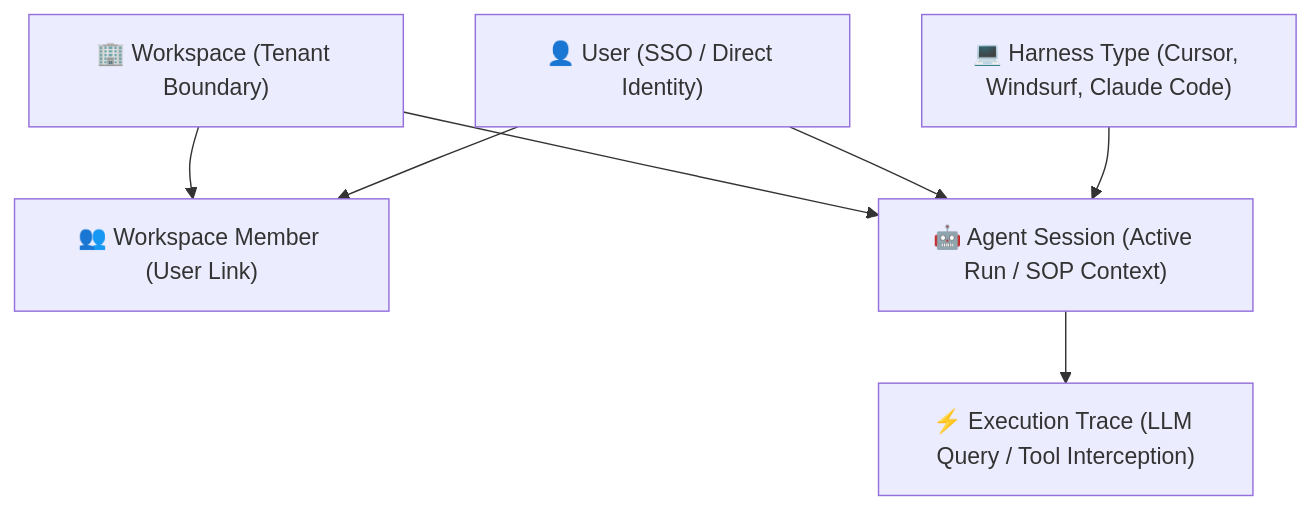
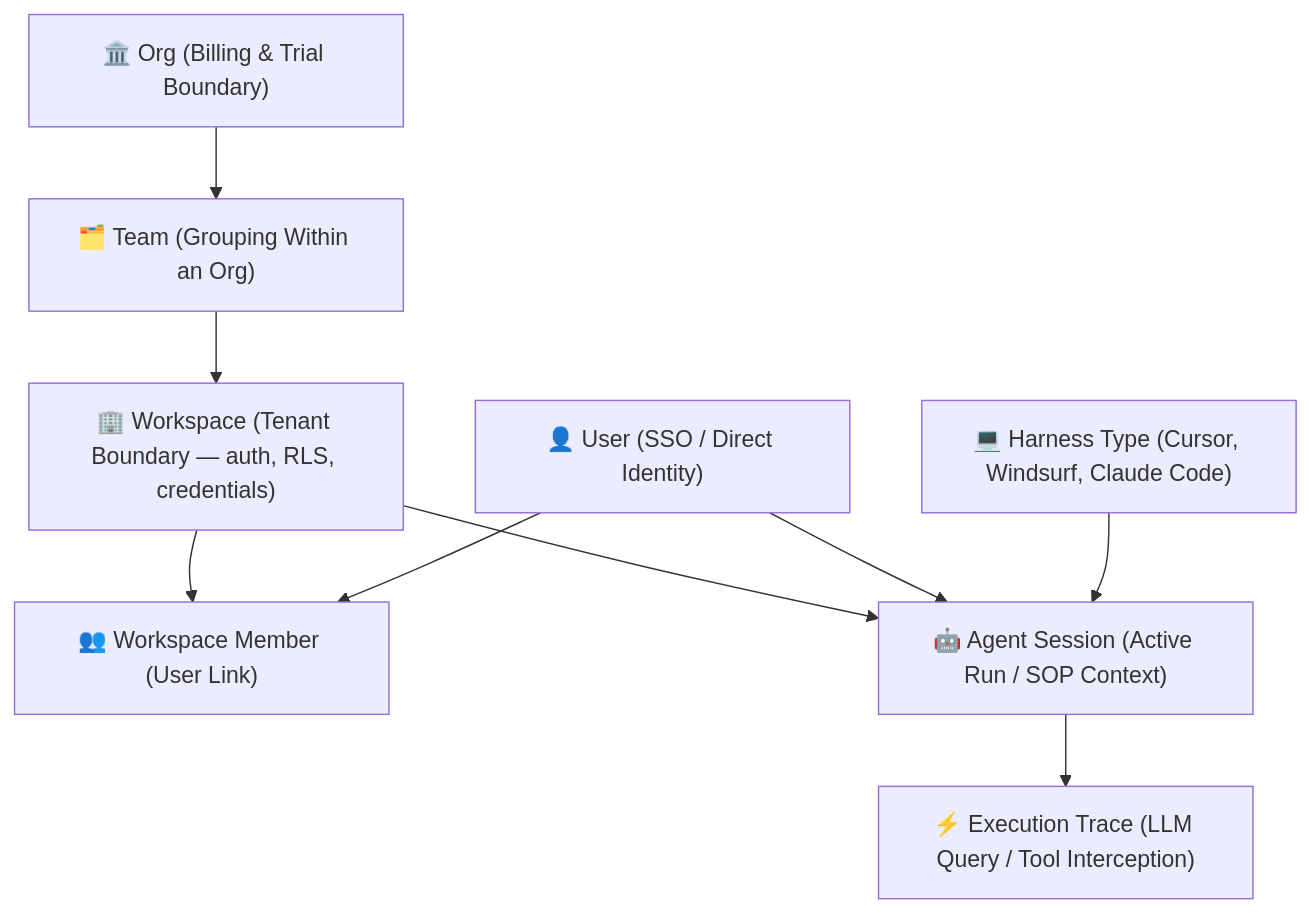
One commit to intutic/intutic changed the diagram in apps/docs/external/hierarchy.md. Above: the diagram before and after it, drawn with Mermaid. The commit also changed other lines of this file and 2 other files, not shown here.

First line of the commit message:
Docs: org/tenancy hierarchy + org signup/team/billing coverage (mirror) (#43)

````diff
--- a/apps/docs/external/hierarchy.md
+++ b/apps/docs/external/hierarchy.md
@@ -44,16 +44,20 @@
 ```mermaid
 graph TD
-    Workspace["🏢 Workspace (Tenant Boundary)"]
+    Org["🏛️ Org (Billing & Trial Boundary)"]
+    Team["🗂️ Team (Grouping Within an Org)"]
+    Workspace["🏢 Workspace (Tenant Boundary — auth, RLS, credentials)"]
     WorkspaceMember["👥 Workspace Member (User Link)"]
     User["👤 User (SSO / Direct Identity)"]
     Harness["💻 Harness Type (Cursor, Windsurf, Claude Code)"]
     AgentSession["🤖 Agent Session (Active Run / SOP Context)"]
     ExecutionTrace["⚡ Execution Trace (LLM Query / Tool Interception)"]
 
+    Org --> Team
+    Team --> Workspace
     Workspace --> WorkspaceMember
     User --> WorkspaceMember
     Workspace --> AgentSession
     User --> AgentSession
     Harness --> AgentSession
     AgentSession --> ExecutionTrace
 ```
````
